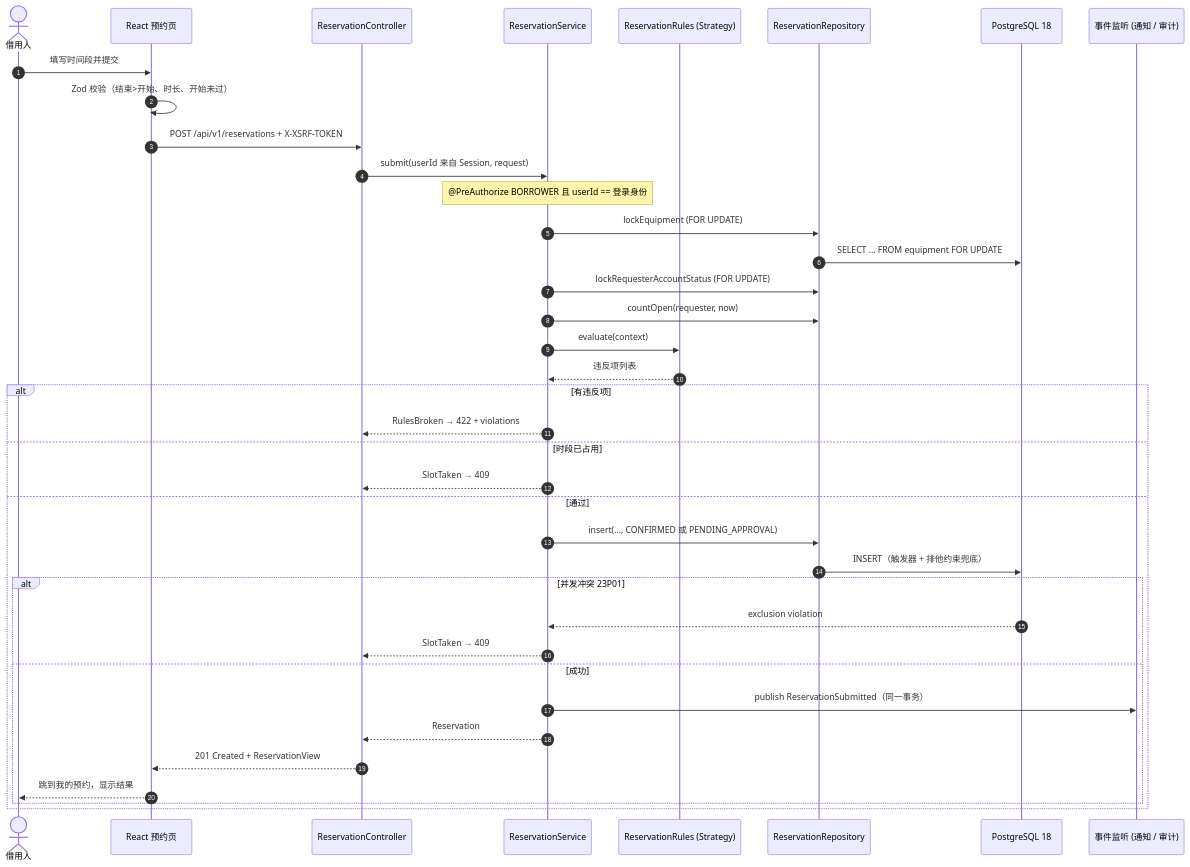
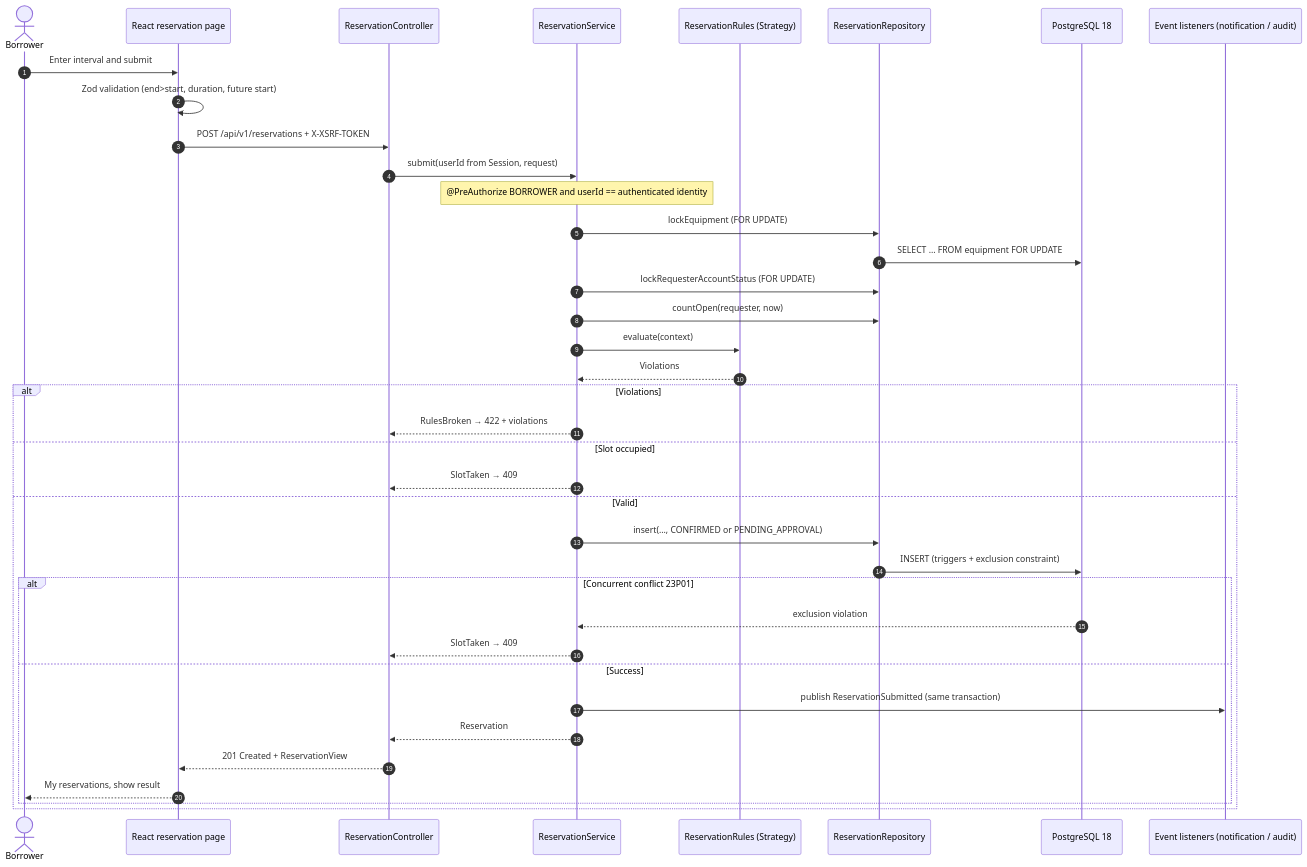
One commit to YukiOvOb/AGFP changed the diagram in docs/diagrams/uc01-sequence.mmd. Above: the diagram before and after it, drawn with Mermaid. The commit also changed 50 other files, not shown here.

```diff
--- a/docs/diagrams/uc01-sequence.mmd
+++ b/docs/diagrams/uc01-sequence.mmd
@@ -1,39 +1,39 @@
-%% UC01 提交预约 — 时序图
+%% UC01 Reservation Submission — Sequence Diagram
 sequenceDiagram
   autonumber
-  actor B as 借用人
-  participant W as React 预约页
+  actor B as Borrower
+  participant W as React reservation page
   participant C as ReservationController
   participant S as ReservationService
   participant P as ReservationRules (Strategy)
   participant R as ReservationRepository
   participant D as PostgreSQL 18
-  participant E as 事件监听 (通知 / 审计)
-  B->>W: 填写时间段并提交
-  W->>W: Zod 校验（结束>开始、时长、开始未过）
+  participant E as Event listeners (notification / audit)
+  B->>W: Enter interval and submit
+  W->>W: Zod validation (end>start, duration, future start)
   W->>C: POST /api/v1/reservations + X-XSRF-TOKEN
-  C->>S: submit(userId 来自 Session, request)
-  Note over S: @PreAuthorize BORROWER 且 userId == 登录身份
+  C->>S: submit(userId from Session, request)
+  Note over S: @PreAuthorize BORROWER and userId == authenticated identity
   S->>R: lockEquipment (FOR UPDATE)
   R->>D: SELECT … FROM equipment FOR UPDATE
   S->>R: lockRequesterAccountStatus (FOR UPDATE)
   S->>R: countOpen(requester, now)
   S->>P: evaluate(context)
-  P-->>S: 违反项列表
-  alt 有违反项
+  P-->>S: Violations
+  alt Violations
     S-->>C: RulesBroken → 422 + violations
-  else 时段已占用
+  else Slot occupied
     S-->>C: SlotTaken → 409
-  else 通过
-    S->>R: insert(…, CONFIRMED 或 PENDING_APPROVAL)
-    R->>D: INSERT（触发器 + 排他约束兜底）
-    alt 并发冲突 23P01
+  else Valid
+    S->>R: insert(…, CONFIRMED or PENDING_APPROVAL)
+    R->>D: INSERT (triggers + exclusion constraint)
+    alt Concurrent conflict 23P01
       D-->>S: exclusion violation
       S-->>C: SlotTaken → 409
-    else 成功
-      S->>E: publish ReservationSubmitted（同一事务）
+    else Success
+      S->>E: publish ReservationSubmitted (same transaction)
       S-->>C: Reservation
       C-->>W: 201 Created + ReservationView
-      W-->>B: 跳到我的预约，显示结果
+      W-->>B: My reservations, show result
     end
   end
```
